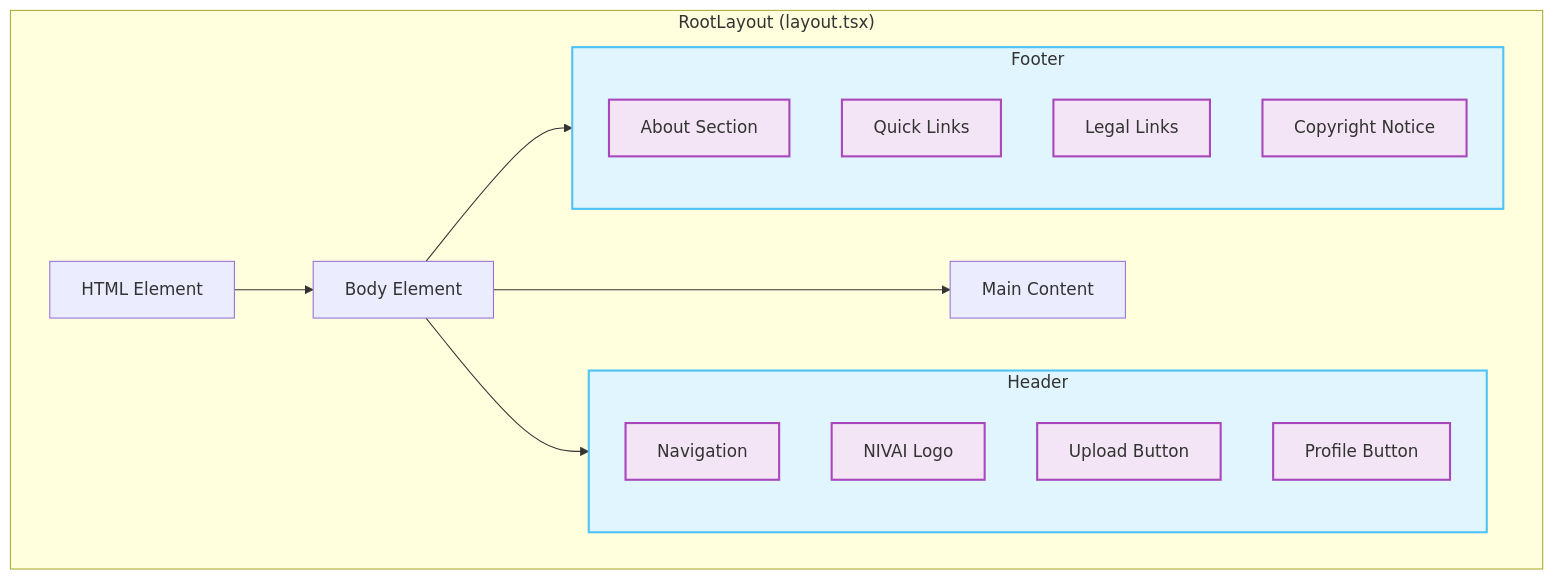
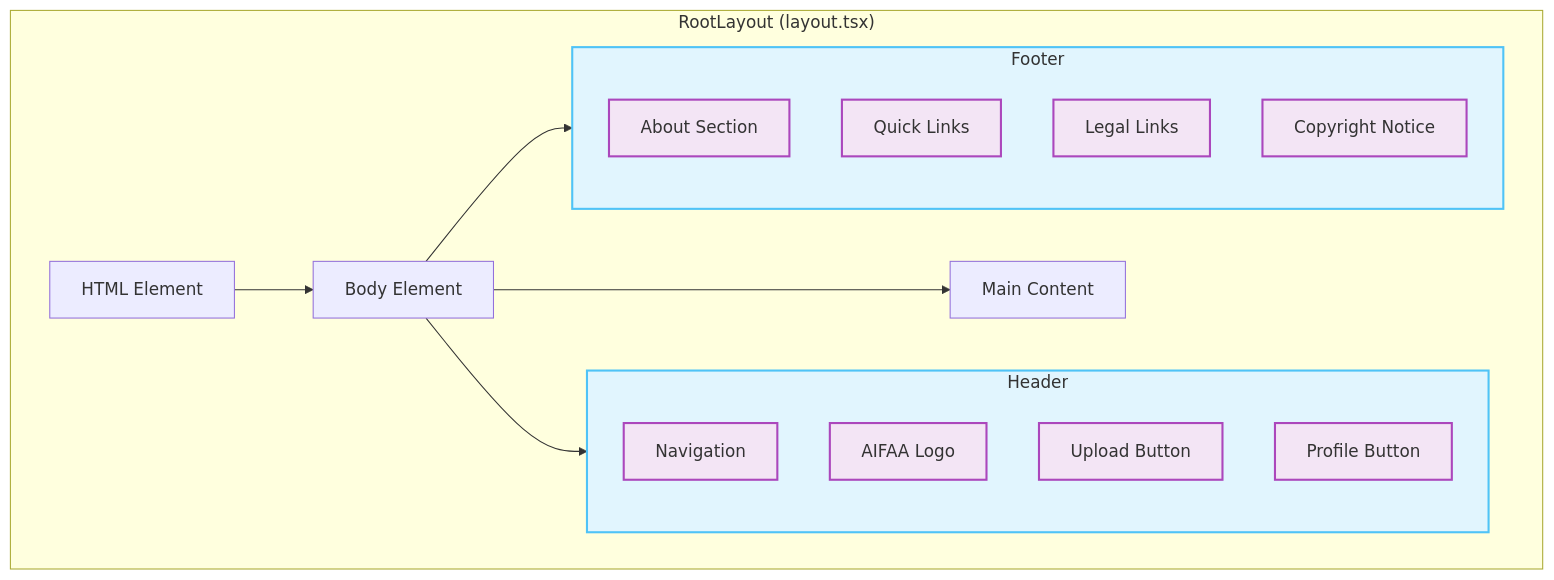
One commit to Thijs199/NIVAI changed the second of 3 diagrams in docs/frontend/src/app/layout.md. Above: the diagram before and after it, drawn with Mermaid. The commit also changed other lines of this file and 26 other files, not shown here.

First line of the commit message:
feat: Update dashboard and rename NIVAI to AIFAA

````diff
--- a/docs/frontend/src/app/layout.md
+++ b/docs/frontend/src/app/layout.md
@@ -38,35 +38,35 @@
 ```mermaid
 graph TB
     subgraph RootLayout["RootLayout (layout.tsx)"]
         HTML[HTML Element]
         Body[Body Element]
         Header[Header Section]
         Main[Main Content]
         Footer[Footer Section]
 
         subgraph Header
             Nav[Navigation]
-            Logo[NIVAI Logo]
+            Logo[AIFAA Logo]
             Upload[Upload Button]
             Profile[Profile Button]
         end
 
         subgraph Footer
             About[About Section]
             Quick[Quick Links]
             Legal[Legal Links]
             Copyright[Copyright Notice]
         end
     end
 
     HTML --> Body
     Body --> Header
     Body --> Main
     Body --> Footer
 
     classDef section fill:#e1f5fe,stroke:#4fc3f7,stroke-width:2px;
     classDef component fill:#f3e5f5,stroke:#ab47bc,stroke-width:2px;
 
     class Header,Footer section;
     class Nav,Logo,Upload,Profile,About,Quick,Legal,Copyright component;
 ```
````
